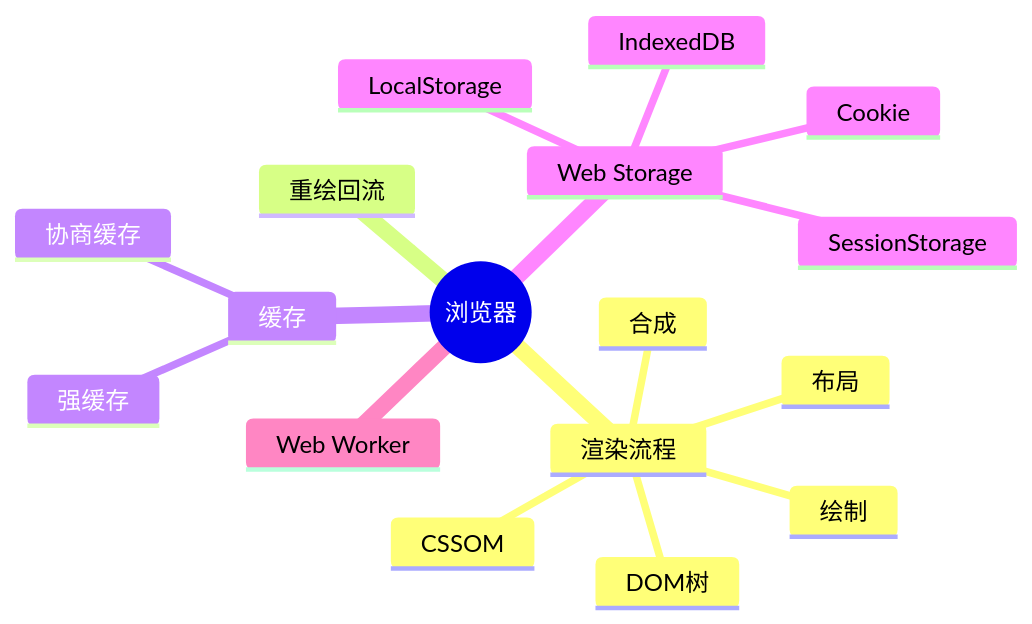
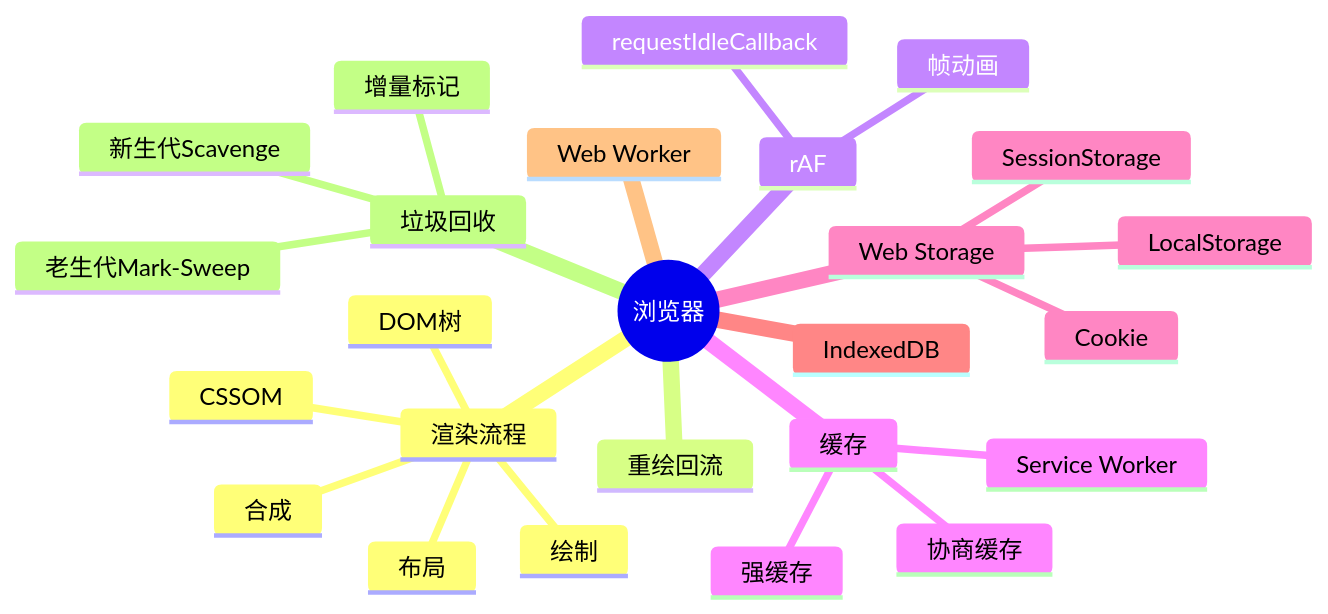
Before and after one commit to zjh42139/interview-notes: the diagram in docs/浏览器/index.md, drawn with Mermaid. The commit also changed other lines of this file and 81 other files, not shown here.

````diff
--- a/docs/浏览器/index.md
+++ b/docs/浏览器/index.md
@@ -9,20 +9,28 @@
 ```mermaid
 mindmap
   root((浏览器))
     渲染流程
       DOM树
       CSSOM
       布局
       绘制
       合成
     重绘回流
+    rAF
+      帧动画
+      requestIdleCallback
     缓存
       强缓存
       协商缓存
+      Service Worker
     Web Storage
       Cookie
       LocalStorage
       SessionStorage
-      IndexedDB
+    IndexedDB
     Web Worker
+    垃圾回收
+      新生代Scavenge
+      老生代Mark-Sweep
+      增量标记
 ```
````
